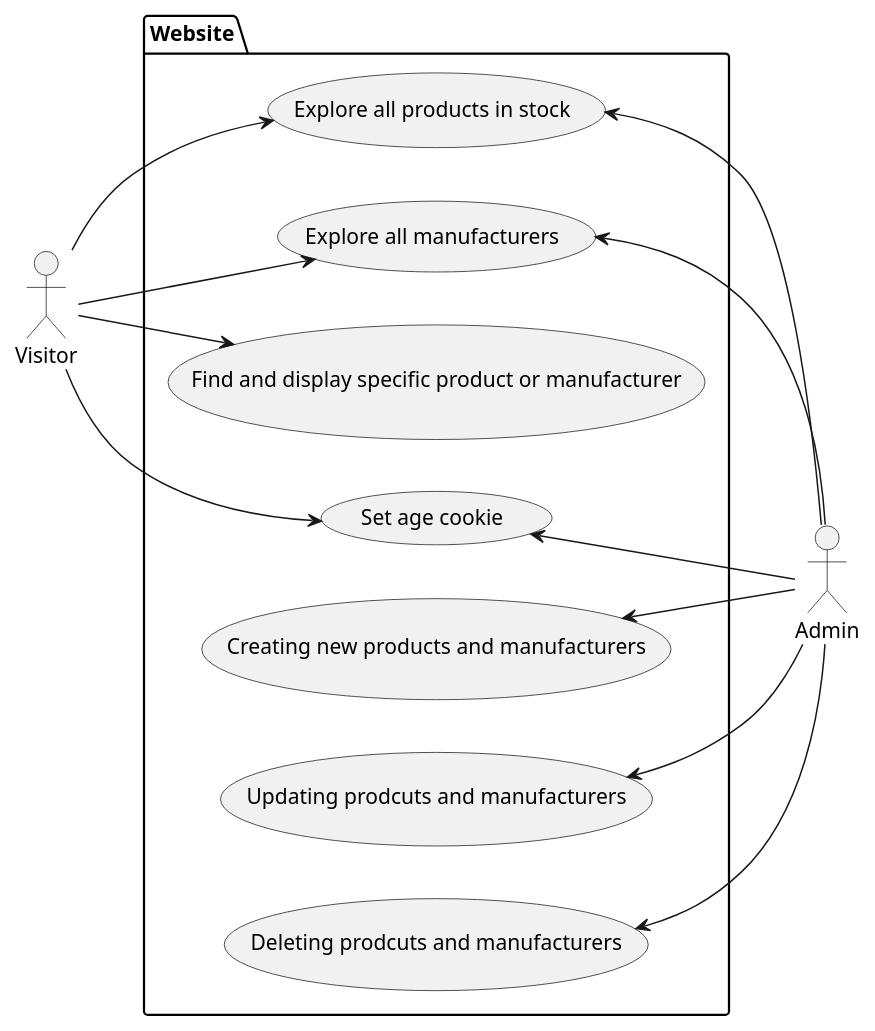
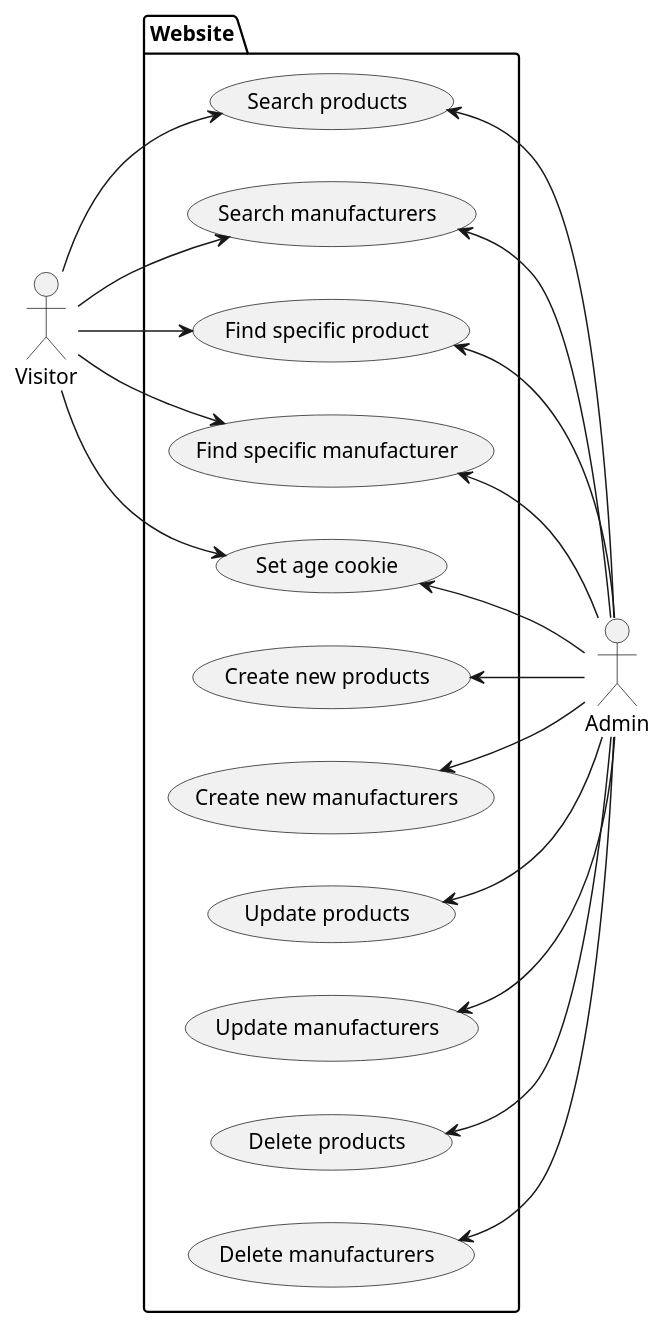
One commit to GutterneTheBois/smagen-af-oel changed the second of 2 diagrams in Documentation/Diagrams/use_case.puml. Above: the diagram before and after it, drawn with PlantUML. The commit also changed 27 other files, not shown here.

```diff
--- a/Documentation/Diagrams/use_case.puml
+++ b/Documentation/Diagrams/use_case.puml
@@ -24,29 +24,51 @@
 @startuml uc_diagram
 
 left to right direction
 
 actor Visitor as V
 actor Admin as A
 
 package Website {
-    usecase "Explore all products in stock" as UC01
-    usecase "Explore all manufacturers" as UC02
-    usecase "Find and display specific product or manufacturer" as UC03
-    usecase "Set age cookie" as UC04
-    usecase "Creating new products and manufacturers" as UC05
-    usecase "Updating prodcuts and manufacturers" as UC06
-    usecase "Deleting prodcuts and manufacturers" as UC07
+    usecase "Search products" as UC01
+    usecase "Search manufacturers" as UC02
+    usecase "Find specific product" as UC03
+    usecase "Find specific manufacturer" as UC04
+    usecase "Set age cookie" as UC05
+    usecase "Create new products" as UC06
+    usecase "Create new manufacturers" as UC07
+    usecase "Update products" as UC08
+    usecase "Update manufacturers" as UC09
+    usecase "Delete products" as UC10
+    usecase "Delete manufacturers" as UC11
 }
 
 V --> UC01
 V --> UC02
 V --> UC03
 V --> UC04
-UC04 <-- A 
+V --> UC05
+UC01 <-- A
+UC02 <-- A
+UC03 <-- A
+UC04 <-- A
 UC05 <-- A
 UC06 <-- A
-UC01 <-- A
-UC02 <-- A
 UC07 <-- A
+UC08 <-- A
+UC09 <-- A
+UC10 <-- A
+UC11 <-- A
+
+
+' V --> UC01
+' V --> UC02
+' V --> UC03
+' V --> UC04
+' UC04 <-- A 
+' UC05 <-- A
+' UC06 <-- A
+' UC01 <-- A
+' UC02 <-- A
+' UC07 <-- A
 
 @enduml
```
